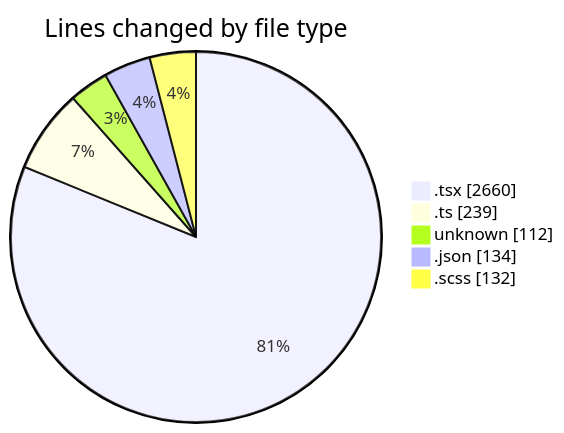
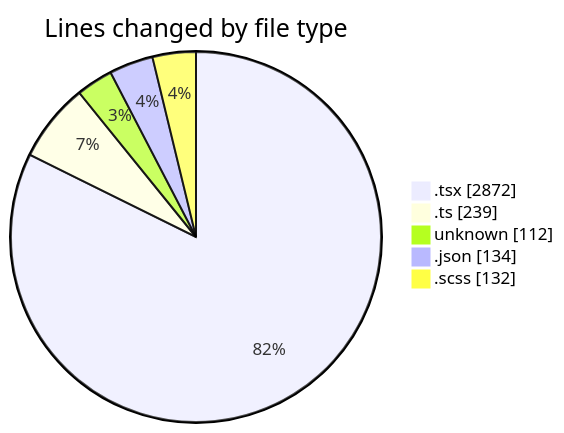
One commit to momahboobian/code-tracking changed the first of 2 diagrams in 2026-04-28/cda/README.md. Above: the diagram before and after it, drawn with Mermaid. The commit also changed other lines of this file and 1 other file, not shown here.

````diff
--- a/2026-04-28/cda/README.md
+++ b/2026-04-28/cda/README.md
@@ -46,9 +47,9 @@
 ```mermaid
 pie showData
 title Lines changed by file type
-".tsx" : 2660
+".tsx" : 2872
 ".ts" : 239
 "unknown" : 112
 ".json" : 134
 ".scss" : 132
 ```
````
